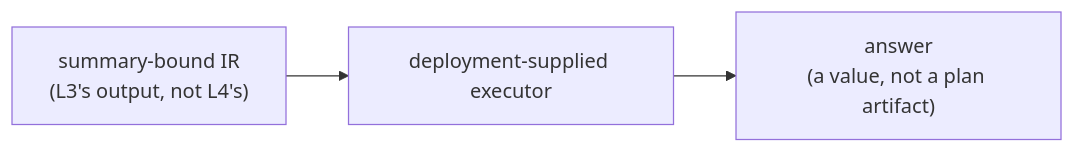
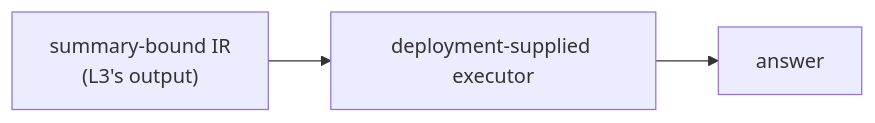
One commit to ProjectASAP/ASAPPlanner changed the fifth of 5 diagrams in docs/design.md. Above: the diagram before and after it, drawn with Mermaid. The commit also changed other lines of this file, not shown here.

````diff
--- a/docs/design.md
+++ b/docs/design.md
@@ -254,4 +206,4 @@
 ```mermaid
 flowchart LR
-    L3N["summary-bound IR\n(L3's output, not L4's)"] --> EX["deployment-supplied executor"] --> V["answer\n(a value, not a plan artifact)"]
+    L3N["summary-bound IR\n(L3's output)"] --> EX["deployment-supplied executor"] --> V["answer"]
 ```
````
